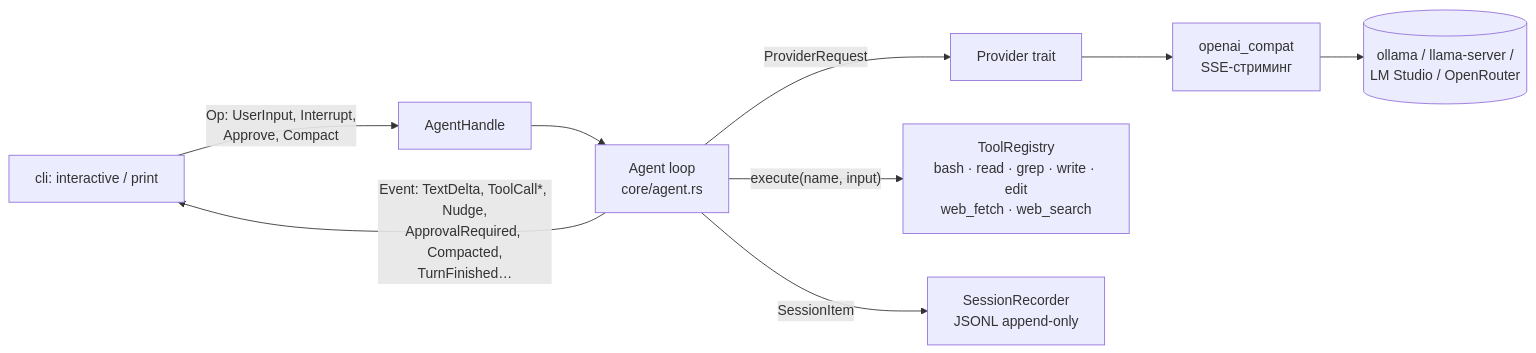
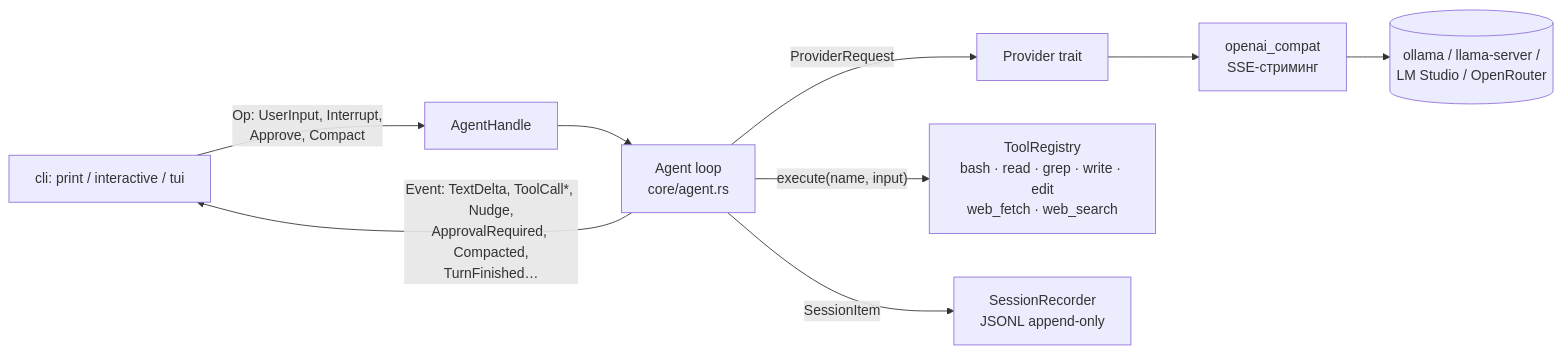
The diagram in ARCHITECTURE.md (dream-x/mark2), drawn with Mermaid before and after one commit. The commit also changed other lines of this file and 18 other files, not shown here.

First line of the commit message:
cli: full-screen TUI (MVP) over the core Event channel

````diff
--- a/ARCHITECTURE.md
+++ b/ARCHITECTURE.md
@@ -13,11 +13,11 @@
 ```mermaid
 flowchart LR
-    CLI[cli: interactive / print] -- "Op: UserInput, Interrupt,\nApprove, Compact" --> H[AgentHandle]
+    CLI[cli: print / interactive / tui] -- "Op: UserInput, Interrupt,\nApprove, Compact" --> H[AgentHandle]
     H --> A[Agent loop\ncore/agent.rs]
     A -- "Event: TextDelta, ToolCall*, Nudge,\nApprovalRequired, Compacted,\nTurnFinished…" --> CLI
     A -- ProviderRequest --> P[Provider trait]
     P --> O[openai_compat\nSSE-стриминг]
     O --> S[(ollama / llama-server /\nLM Studio / OpenRouter)]
     A -- "execute(name, input)" --> T[ToolRegistry\nbash · read · grep · write · edit\nweb_fetch · web_search]
     A -- SessionItem --> J[SessionRecorder\nJSONL append-only]
 ```
````
